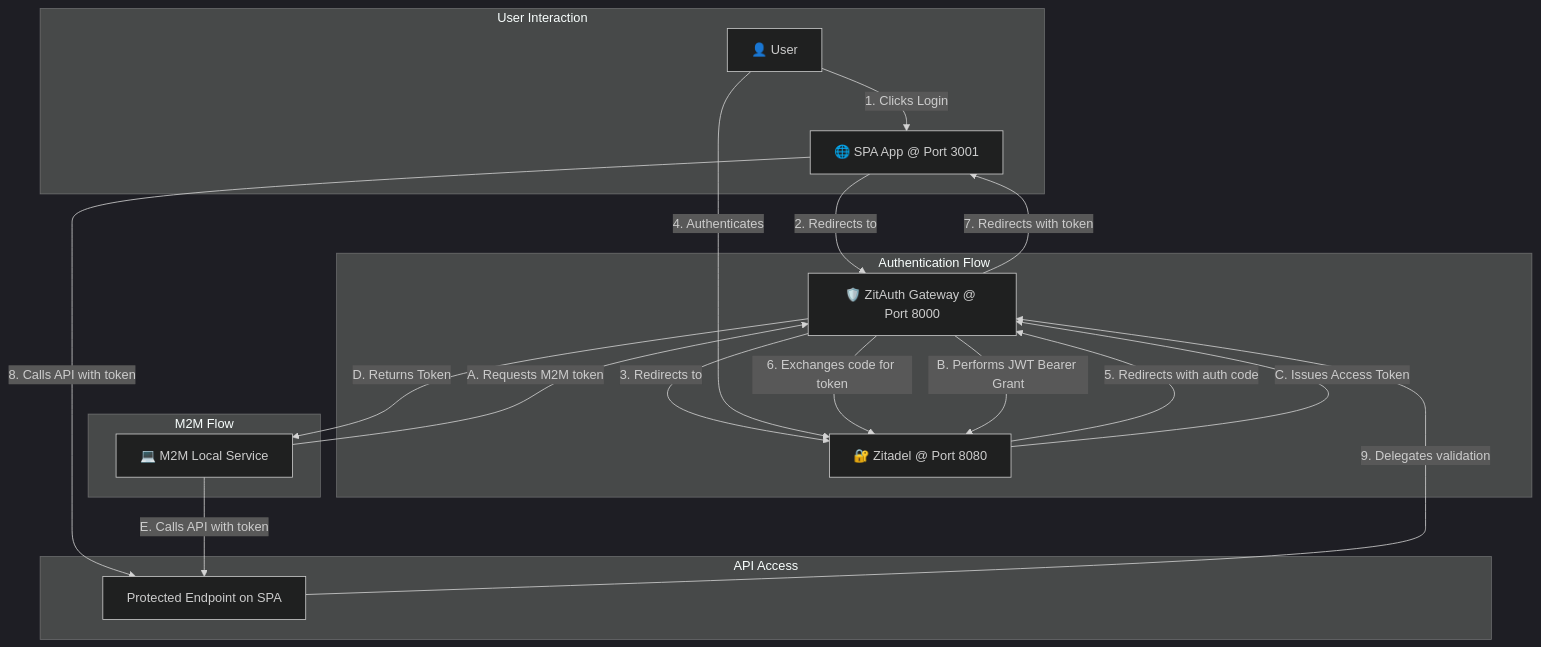
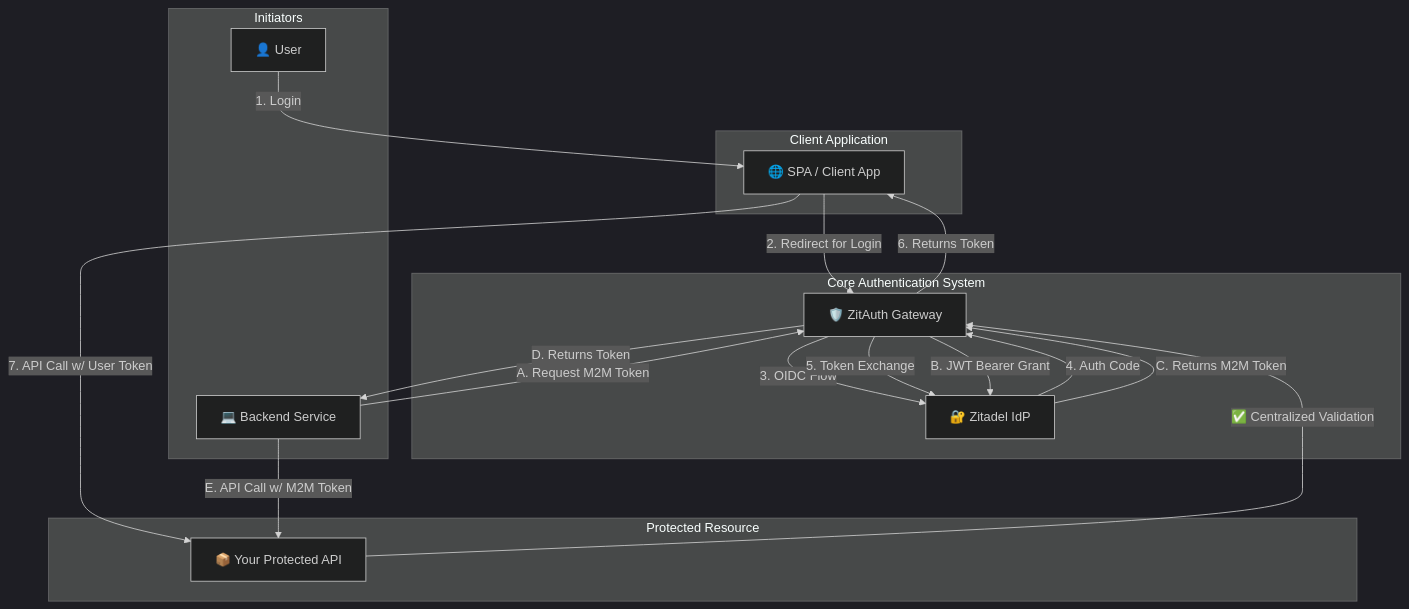
One commit to taresh18/ZitAuth changed the diagram in README.md. Above: the diagram before and after it, drawn with Mermaid (dark theme). The commit also changed other lines of this file, not shown here.

````diff
--- a/README.md
+++ b/README.md
@@ -20,28 +28,39 @@
 ```mermaid
 graph TD
-    subgraph User Interaction
-        User[👤 User] -- 1. Clicks Login --> SPA[🌐 SPA App @ Port 3001]
+    subgraph "Initiators"
+        User[👤 User]
+        M2MClient[💻 Backend Service]
     end
 
-    subgraph Authentication Flow
-        SPA -- 2. Redirects to --> ZitAuth[🛡️ ZitAuth Gateway @ Port 8000]
-        ZitAuth -- 3. Redirects to --> Zitadel[🔐 Zitadel @ Port 8080]
-        User -- 4. Authenticates --> Zitadel
-        Zitadel -- 5. Redirects with auth code --> ZitAuth
-        ZitAuth -- 6. Exchanges code for token --> Zitadel
-        ZitAuth -- 7. Redirects with token --> SPA
+    subgraph "Client Application"
+        SPA[🌐 SPA / Client App]
     end
 
-    subgraph API Access
-        SPA -- "8. Calls API with token" --> ProtectedSPA[Protected Endpoint on SPA]
-        ProtectedSPA -- 9. Delegates validation --> ZitAuth
+    subgraph "Core Authentication System"
+        ZitAuth[🛡️ ZitAuth Gateway]
+        Zitadel[🔐 Zitadel IdP]
     end
 
-    subgraph M2M Flow
-        M2MClient[💻 M2M Local Service] -- A. Requests M2M token --> ZitAuth
-        ZitAuth -- B. Performs JWT Bearer Grant --> Zitadel
-        Zitadel -- C. Issues Access Token --> ZitAuth
-        ZitAuth -- D. Returns Token --> M2MClient
-        M2MClient -- E. Calls API with token --> ProtectedSPA
+    subgraph "Protected Resource"
+        ProtectedAPI[📦 Your Protected API]
     end
+
+    %% User Authentication Flow (Numbered Steps)
+    User -- "1. Login" --> SPA
+    SPA -- "2. Redirect for Login" --> ZitAuth
+    ZitAuth -- "3. OIDC Flow" --> Zitadel
+    Zitadel -- "4. Auth Code" --> ZitAuth
+    ZitAuth -- "5. Token Exchange" --> Zitadel
+    ZitAuth -- "6. Returns Token" --> SPA
+
+    %% M2M Authentication Flow (Lettered Steps)
+    M2MClient -- "A. Request M2M Token" --> ZitAuth
+    ZitAuth -- "B. JWT Bearer Grant" --> Zitadel
+    Zitadel -- "C. Returns M2M Token" --> ZitAuth
+    ZitAuth -- "D. Returns Token" --> M2MClient
+
+    %% API Access - The Convergence Point
+    SPA -- "7. API Call w/ User Token" --> ProtectedAPI
+    M2MClient -- "E. API Call w/ M2M Token" --> ProtectedAPI
+    ProtectedAPI -- "✅ Centralized Validation" --> ZitAuth
 ```
````
